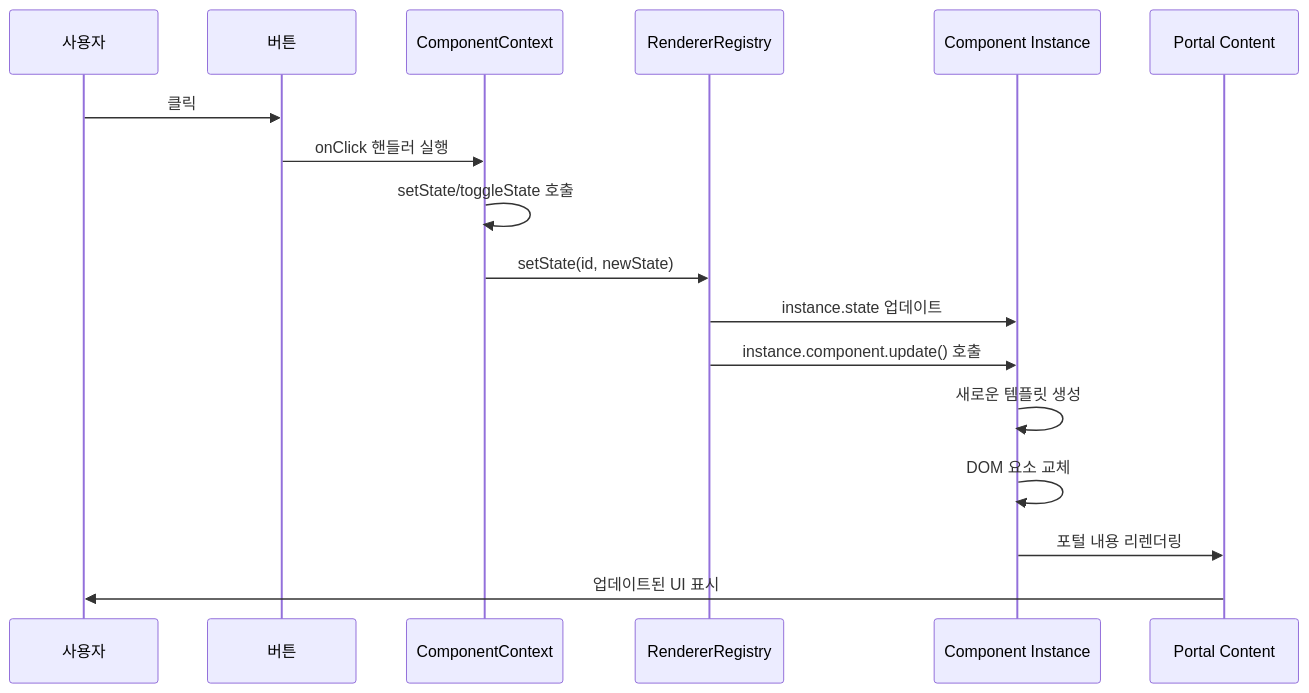
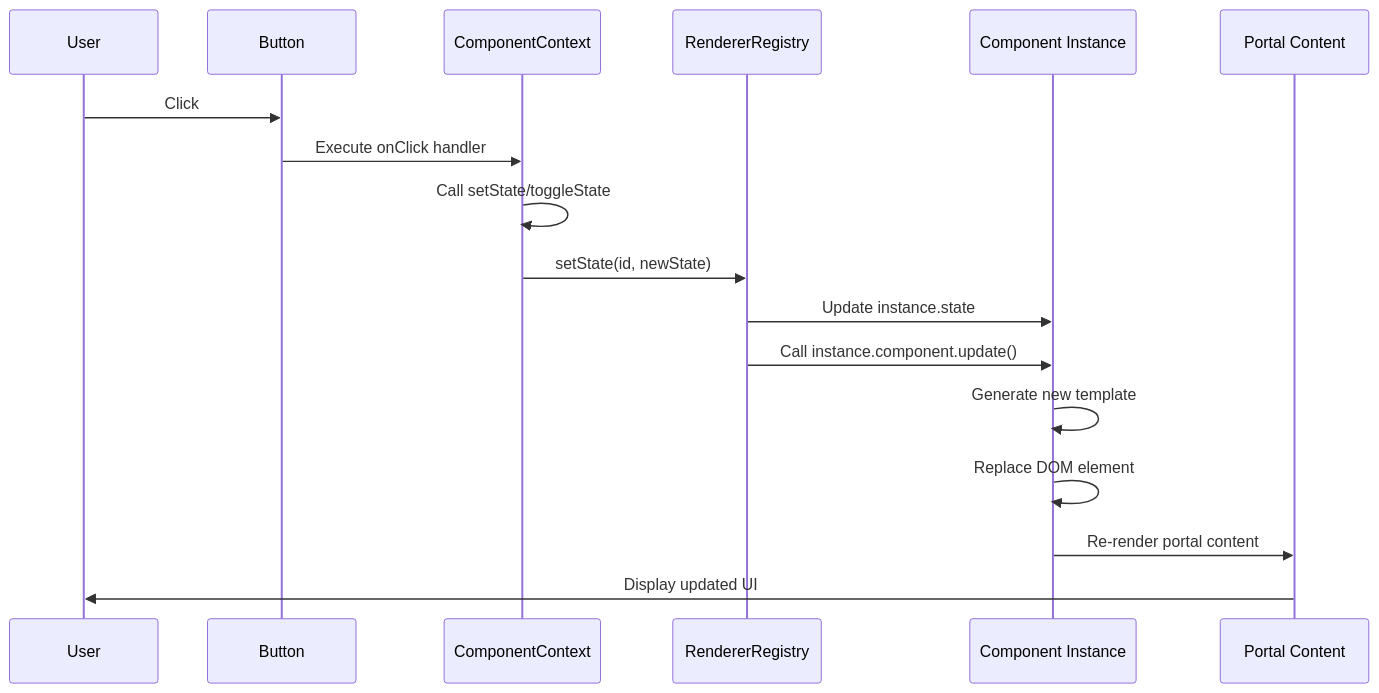
Before and after one commit to barocss/barocss-editor: the fifth of 5 diagrams in docs/dom/portal-system-spec.md, drawn with Mermaid. The commit also changed other lines of this file and 147 other files, not shown here.

````diff
--- a/docs/dom/portal-system-spec.md
+++ b/docs/dom/portal-system-spec.md
@@ -642,20 +642,20 @@
 ```mermaid
 sequenceDiagram
-    participant User as 사용자
-    participant Button as 버튼
+    participant User as User
+    participant Button as Button
     participant Context as ComponentContext
     participant Registry as RendererRegistry
     participant Component as Component Instance
     participant Portal as Portal Content
     
-    User->>Button: 클릭
-    Button->>Context: onClick 핸들러 실행
-    Context->>Context: setState/toggleState 호출
+    User->>Button: Click
+    Button->>Context: Execute onClick handler
+    Context->>Context: Call setState/toggleState
     Context->>Registry: setState(id, newState)
-    Registry->>Component: instance.state 업데이트
-    Registry->>Component: instance.component.update() 호출
-    Component->>Component: 새로운 템플릿 생성
-    Component->>Component: DOM 요소 교체
-    Component->>Portal: 포털 내용 리렌더링
-    Portal->>User: 업데이트된 UI 표시
+    Registry->>Component: Update instance.state
+    Registry->>Component: Call instance.component.update()
+    Component->>Component: Generate new template
+    Component->>Component: Replace DOM element
+    Component->>Portal: Re-render portal content
+    Portal->>User: Display updated UI
 ```
````
